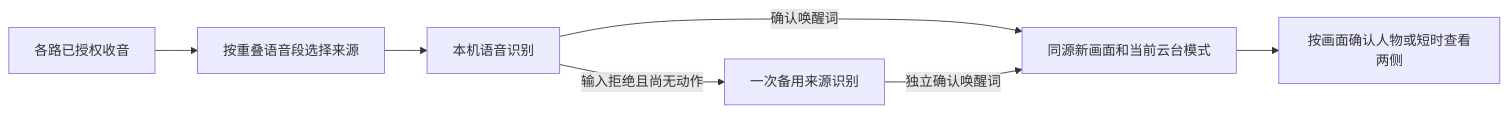
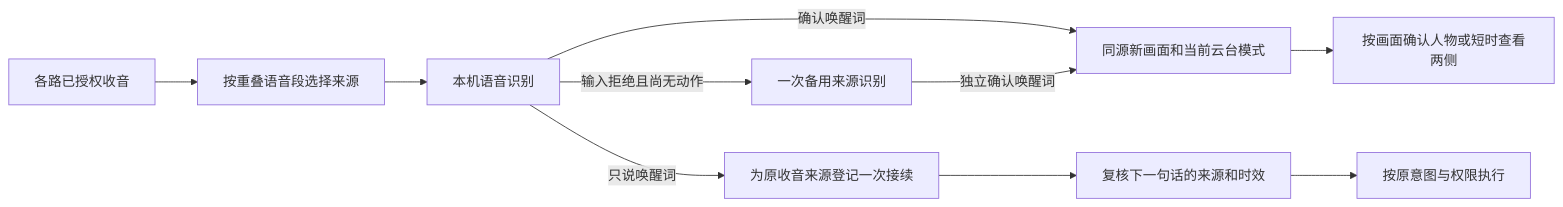
One commit to Geeprox/Friday changed the eighth of 33 diagrams in docs/architecture.md. Above: the diagram before and after it, drawn with Mermaid. The commit also changed other lines of this file and 23 other files, not shown here.

````diff
--- a/docs/architecture.md
+++ b/docs/architecture.md
@@ -211,9 +220,12 @@
 ```mermaid
 flowchart LR
   A[各路已授权收音] --> B[按重叠语音段选择来源]
   B --> C[本机语音识别]
   C -->|输入拒绝且尚无动作| D[一次备用来源识别]
   C -->|确认唤醒词| E[同源新画面和当前云台模式]
   D -->|独立确认唤醒词| E
   E --> F[按画面确认人物或短时查看两侧]
+  C -->|只说唤醒词| G[为原收音来源登记一次接续]
+  G --> H[复核下一句话的来源和时效]
+  H --> I[按原意图与权限执行]
 ```
````
